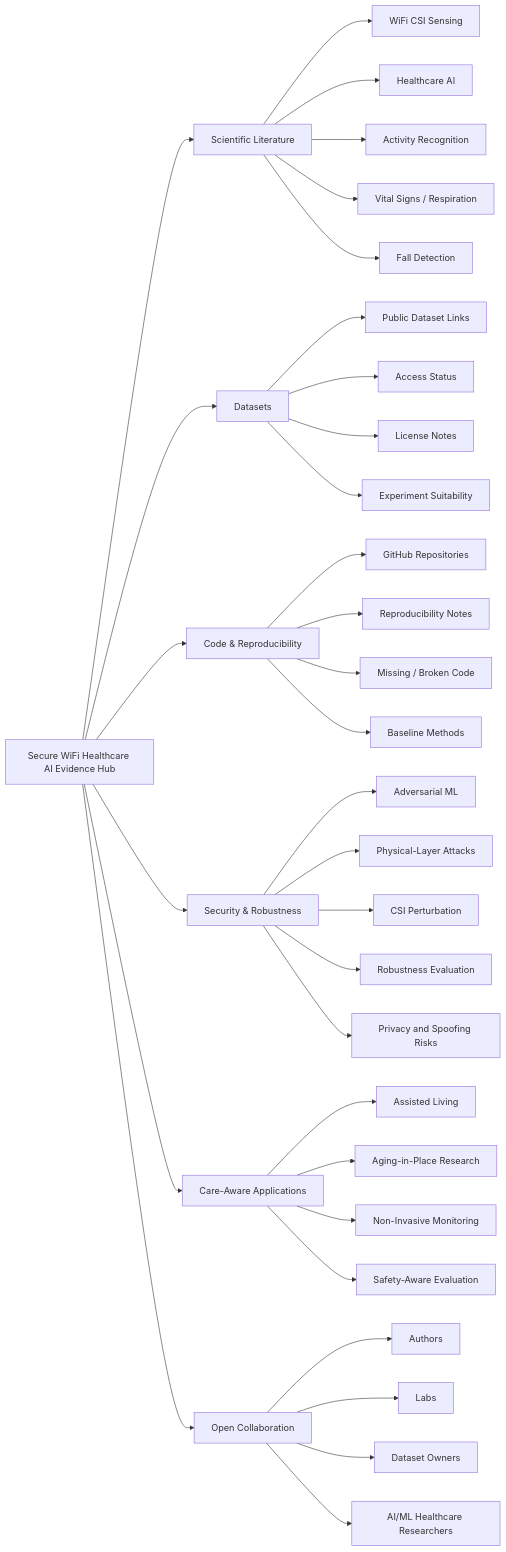
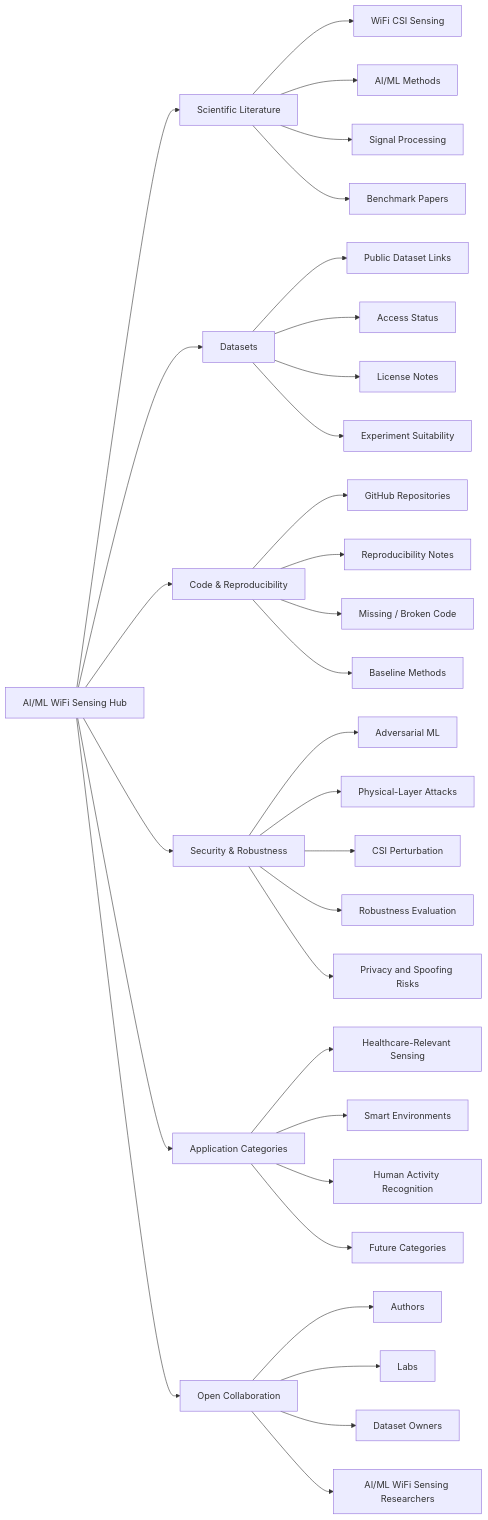
The first of 2 diagrams in README.md (shahram-h-hesari/ai-ml-wifi-sensing-hub), drawn with Mermaid before and after one commit. The commit also changed other lines of this file, not shown here.

Commit message:
Update README for AI/ML WiFi Sensing Hub positioning

````diff
--- a/README.md
+++ b/README.md
@@ -57,41 +90,40 @@
 ```mermaid
 flowchart LR
-    A["Secure WiFi Healthcare AI Evidence Hub"] --> B["Scientific Literature"]
+    A["AI/ML WiFi Sensing Hub"] --> B["Scientific Literature"]
     A --> C["Datasets"]
     A --> D["Code & Reproducibility"]
     A --> E["Security & Robustness"]
-    A --> F["Care-Aware Applications"]
+    A --> F["Application Categories"]
     A --> G["Open Collaboration"]
 
     B --> B1["WiFi CSI Sensing"]
-    B --> B2["Healthcare AI"]
-    B --> B3["Activity Recognition"]
-    B --> B4["Vital Signs / Respiration"]
-    B --> B5["Fall Detection"]
+    B --> B2["AI/ML Methods"]
+    B --> B3["Signal Processing"]
+    B --> B4["Benchmark Papers"]
 
     C --> C1["Public Dataset Links"]
     C --> C2["Access Status"]
     C --> C3["License Notes"]
     C --> C4["Experiment Suitability"]
 
     D --> D1["GitHub Repositories"]
     D --> D2["Reproducibility Notes"]
     D --> D3["Missing / Broken Code"]
     D --> D4["Baseline Methods"]
 
     E --> E1["Adversarial ML"]
     E --> E2["Physical-Layer Attacks"]
     E --> E3["CSI Perturbation"]
     E --> E4["Robustness Evaluation"]
     E --> E5["Privacy and Spoofing Risks"]
 
-    F --> F1["Assisted Living"]
-    F --> F2["Aging-in-Place Research"]
-    F --> F3["Non-Invasive Monitoring"]
-    F --> F4["Safety-Aware Evaluation"]
+    F --> F1["Healthcare-Relevant Sensing"]
+    F --> F2["Smart Environments"]
+    F --> F3["Human Activity Recognition"]
+    F --> F4["Future Categories"]
 
     G --> G1["Authors"]
     G --> G2["Labs"]
     G --> G3["Dataset Owners"]
-    G --> G4["AI/ML Healthcare Researchers"]
+    G --> G4["AI/ML WiFi Sensing Researchers"]
 ```
````
